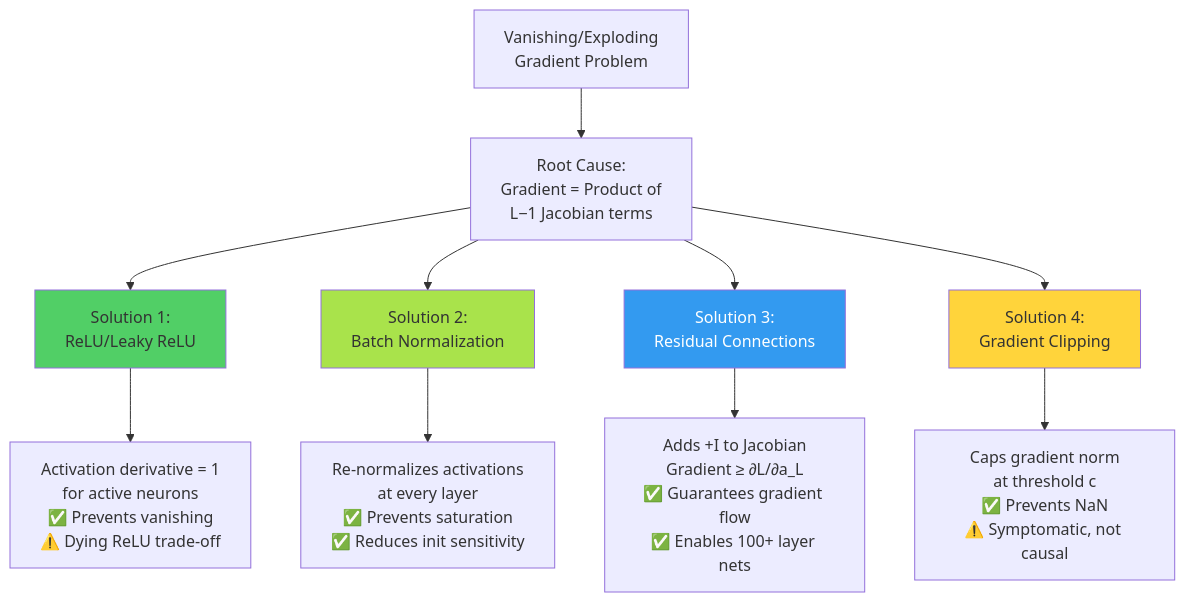
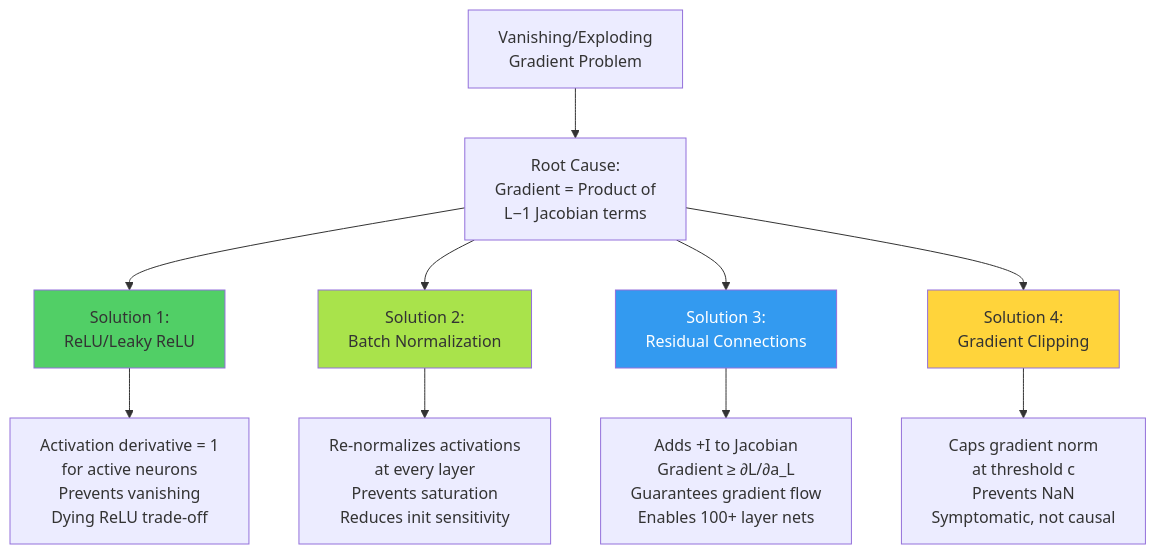
Before and after one commit to Vtheonly/Obsidian_Notes: the third of 3 diagrams in AI/Academic/Deep Learning/Cours/Chapter 2 - CNN/15. The Vanishing and Exploding Gradient Problems.md, drawn with Mermaid. The commit also changed other lines of this file and 148 other files, not shown here.

````diff
--- a/AI/Academic/Deep Learning/Cours/Chapter 2 - CNN/15. The Vanishing and Exploding Gradient Problems.md
+++ b/AI/Academic/Deep Learning/Cours/Chapter 2 - CNN/15. The Vanishing and Exploding Gradient Problems.md
@@ -1024,19 +1024,19 @@
 ```mermaid
 graph TD
     A["Vanishing/Exploding<br/>Gradient Problem"] --> B["Root Cause:<br/>Gradient = Product of<br/>L−1 Jacobian terms"]
     
     B --> C["Solution 1:<br/>ReLU/Leaky ReLU"]
     B --> D["Solution 2:<br/>Batch Normalization"]
     B --> E["Solution 3:<br/>Residual Connections"]
     B --> F["Solution 4:<br/>Gradient Clipping"]
     
-    C --> C1["Activation derivative = 1<br/>for active neurons<br/>✅ Prevents vanishing<br/>⚠️ Dying ReLU trade-off"]
-    D --> D1["Re-normalizes activations<br/>at every layer<br/>✅ Prevents saturation<br/>✅ Reduces init sensitivity"]
-    E --> E1["Adds +I to Jacobian<br/>Gradient ≥ ∂L/∂a_L<br/>✅ Guarantees gradient flow<br/>✅ Enables 100+ layer nets"]
-    F --> F1["Caps gradient norm<br/>at threshold c<br/>✅ Prevents NaN<br/>⚠️ Symptomatic, not causal"]
+    C --> C1["Activation derivative = 1<br/>for active neurons<br/> Prevents vanishing<br/> Dying ReLU trade-off"]
+    D --> D1["Re-normalizes activations<br/>at every layer<br/> Prevents saturation<br/> Reduces init sensitivity"]
+    E --> E1["Adds +I to Jacobian<br/>Gradient ≥ ∂L/∂a_L<br/> Guarantees gradient flow<br/> Enables 100+ layer nets"]
+    F --> F1["Caps gradient norm<br/>at threshold c<br/> Prevents NaN<br/> Symptomatic, not causal"]
     
     style C fill:#51cf66,color:#333
     style D fill:#a9e34b,color:#333
     style E fill:#339af0,color:#fff
     style F fill:#ffd43b,color:#333
 ```
````
